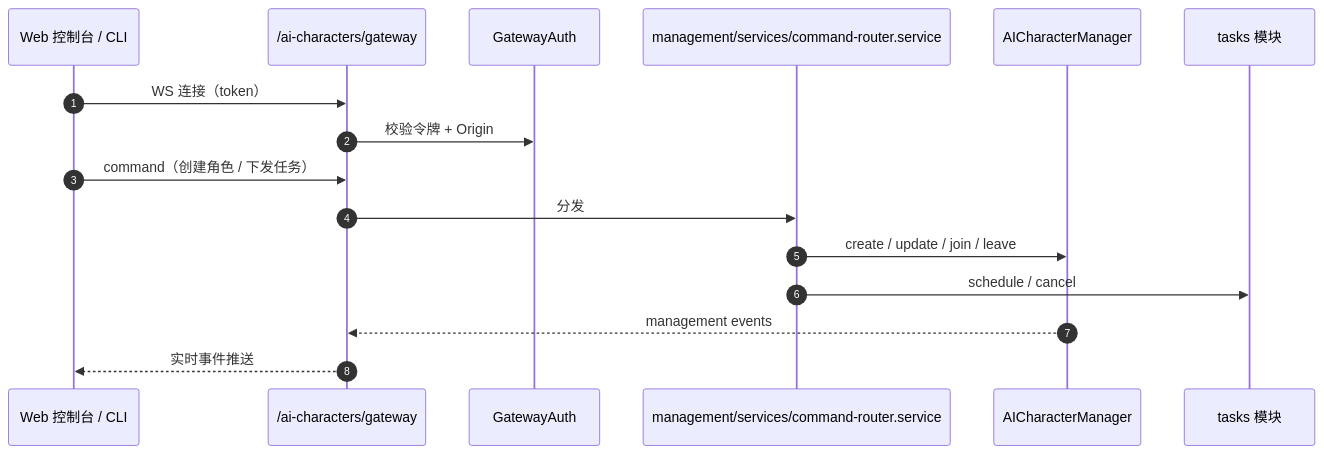
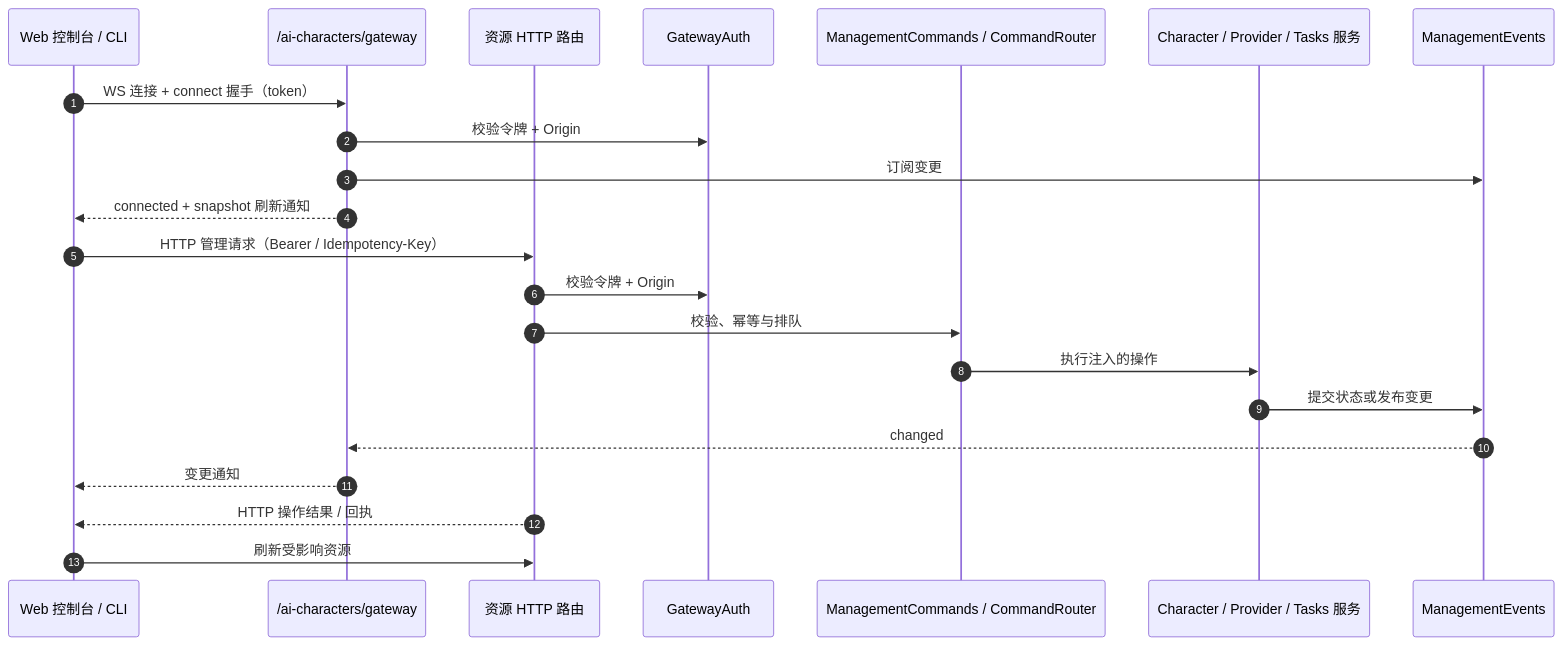
One commit to lulabs-org/embocraft changed diagram 13 of 14 in docs/guide/architecture-diagrams.md. Above: the diagram before and after it, drawn with Mermaid. The commit also changed other lines of this file and 4 other files, not shown here.

````diff
--- a/docs/guide/architecture-diagrams.md
+++ b/docs/guide/architecture-diagrams.md
@@ -429,19 +426,25 @@
 ```mermaid
 sequenceDiagram
     autonumber
     participant Console as Web 控制台 / CLI
     participant GW as /ai-characters/gateway
+    participant HTTP as 资源 HTTP 路由
     participant Auth as GatewayAuth
-    participant Router as management/services/command-router.service
-    participant ACM as AICharacterManager
-    participant Tasks as tasks 模块
+    participant Commands as ManagementCommands / CommandRouter
+    participant Domain as Character / Provider / Tasks 服务
+    participant Events as ManagementEvents
 
-    Console->>GW: WS 连接（token）
+    Console->>GW: WS 连接 + connect 握手（token）
     GW->>Auth: 校验令牌 + Origin
-    Console->>GW: command（创建角色 / 下发任务）
-    GW->>Router: 分发
-    Router->>ACM: create / update / join / leave
-    Router->>Tasks: schedule / cancel
-    ACM-->>GW: management events
-    GW-->>Console: 实时事件推送
+    GW->>Events: 订阅变更
+    GW-->>Console: connected + snapshot 刷新通知
+    Console->>HTTP: HTTP 管理请求（Bearer / Idempotency-Key）
+    HTTP->>Auth: 校验令牌 + Origin
+    HTTP->>Commands: 校验、幂等与排队
+    Commands->>Domain: 执行注入的操作
+    Domain->>Events: 提交状态或发布变更
+    Events-->>GW: changed
+    GW-->>Console: 变更通知
+    HTTP-->>Console: HTTP 操作结果 / 回执
+    Console->>HTTP: 刷新受影响资源
 ```
````
